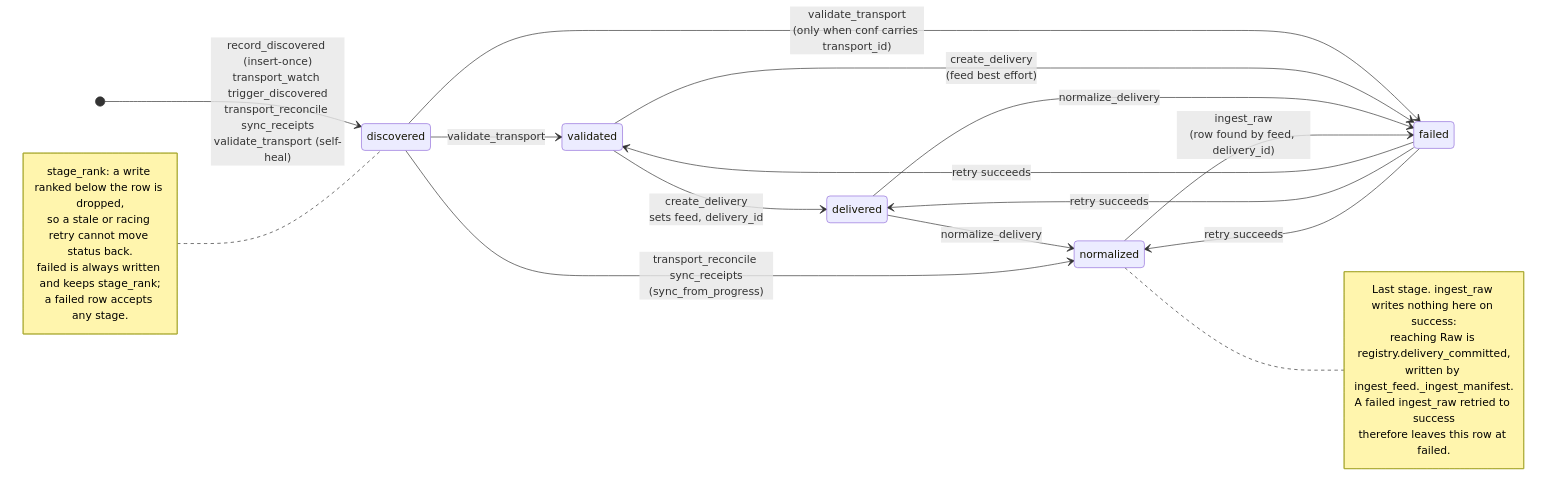
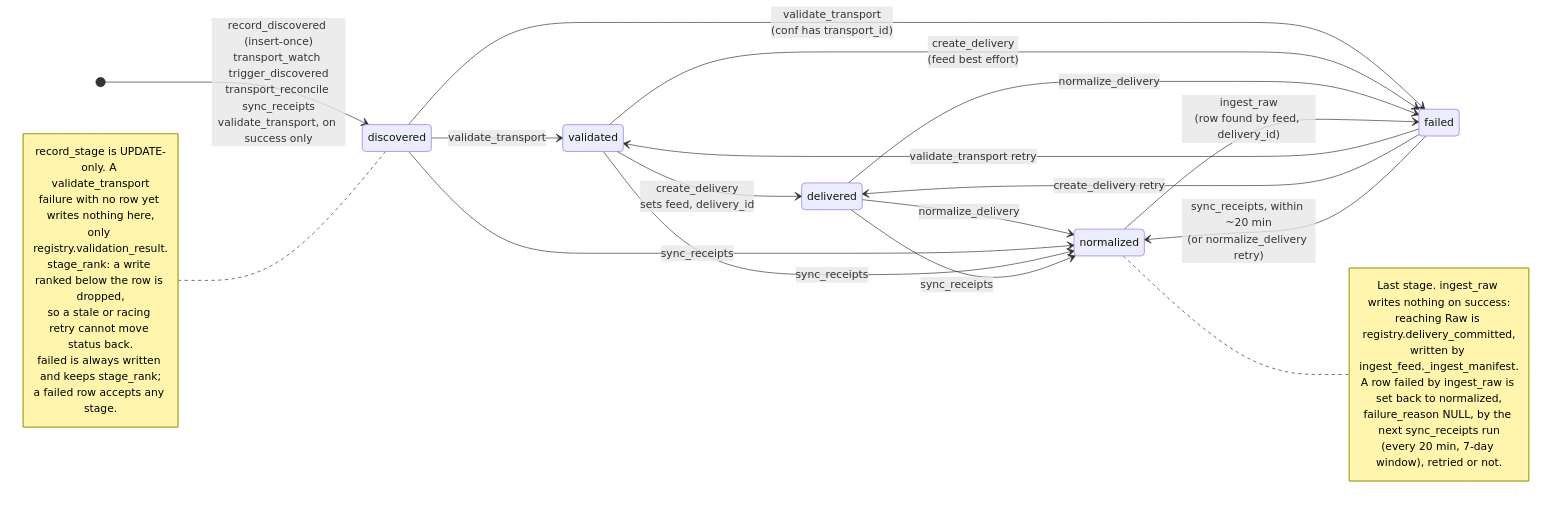
Before and after one commit to RichardFellows/reporting-platform-local: the second of 2 diagrams in docs/OPERATIONAL-CONTROL-PLANE.md, drawn with Mermaid. The commit also changed other lines of this file and 3 other files, not shown here.

First line of the commit message:
todo 29: correct the receipt diagram -- reconcile resets a failed receipt

````diff
--- a/docs/OPERATIONAL-CONTROL-PLANE.md
+++ b/docs/OPERATIONAL-CONTROL-PLANE.md
@@ -197,29 +199,35 @@
 ```mermaid
 stateDiagram-v2
     direction LR
-    [*] --> discovered: record_discovered (insert-once)<br/>transport_watch trigger_discovered<br/>transport_reconcile sync_receipts<br/>validate_transport (self-heal)
+    [*] --> discovered: record_discovered (insert-once)<br/>transport_watch trigger_discovered<br/>transport_reconcile sync_receipts<br/>validate_transport, on success only
     discovered --> validated: validate_transport
     validated --> delivered: create_delivery<br/>sets feed, delivery_id
     delivered --> normalized: normalize_delivery
-    discovered --> normalized: transport_reconcile sync_receipts<br/>(sync_from_progress)
-    discovered --> failed: validate_transport<br/>(only when conf carries transport_id)
+    discovered --> normalized: sync_receipts
+    validated --> normalized: sync_receipts
+    delivered --> normalized: sync_receipts
+    discovered --> failed: validate_transport<br/>(conf has transport_id)
     validated --> failed: create_delivery<br/>(feed best effort)
     delivered --> failed: normalize_delivery
     normalized --> failed: ingest_raw<br/>(row found by feed, delivery_id)
-    failed --> validated: retry succeeds
-    failed --> delivered: retry succeeds
-    failed --> normalized: retry succeeds
+    failed --> validated: validate_transport retry
+    failed --> delivered: create_delivery retry
+    failed --> normalized: sync_receipts, within ~20 min<br/>(or normalize_delivery retry)
     note right of normalized
-        Last stage. ingest_raw writes nothing here on success:
+        Last stage. ingest_raw writes nothing on success:
         reaching Raw is registry.delivery_committed,
         written by ingest_feed._ingest_manifest.
-        A failed ingest_raw retried to success
-        therefore leaves this row at failed.
+        A row failed by ingest_raw is set back to normalized,
+        failure_reason NULL, by the next sync_receipts run
+        (every 20 min, 7-day window), retried or not.
     end note
     note left of discovered
+        record_stage is UPDATE-only. A validate_transport
+        failure with no row yet writes nothing here,
+        only registry.validation_result.
         stage_rank: a write ranked below the row is dropped,
         so a stale or racing retry cannot move status back.
         failed is always written and keeps stage_rank;
         a failed row accepts any stage.
     end note
 ```
````
